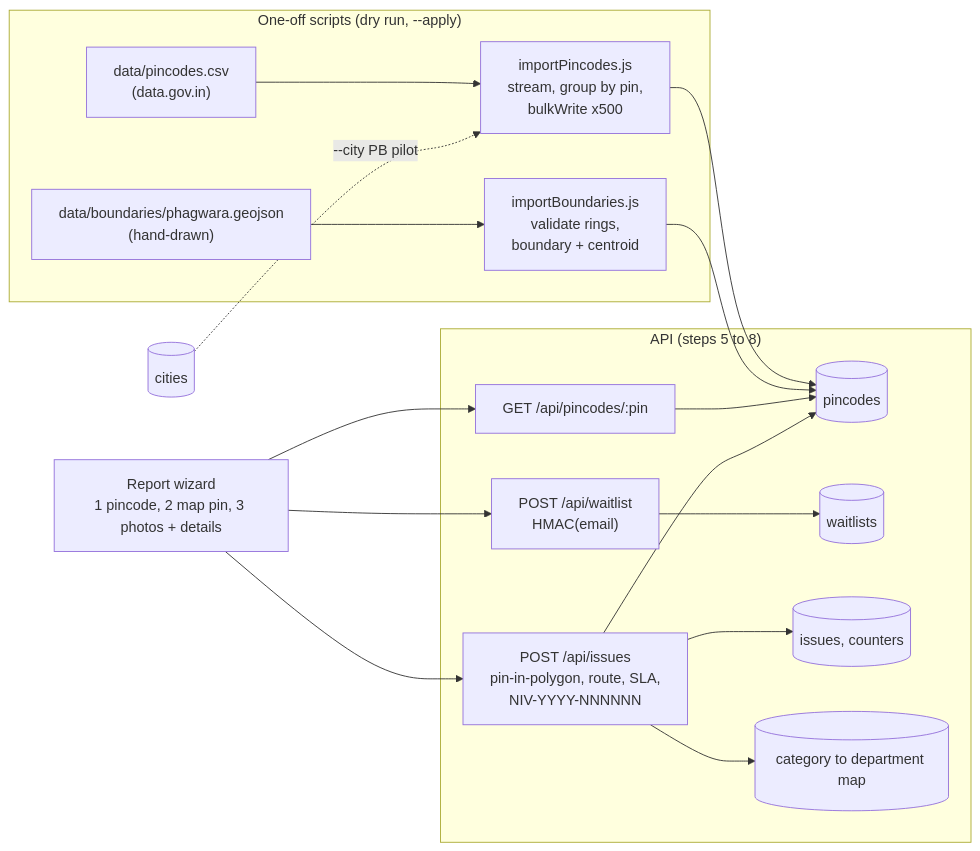
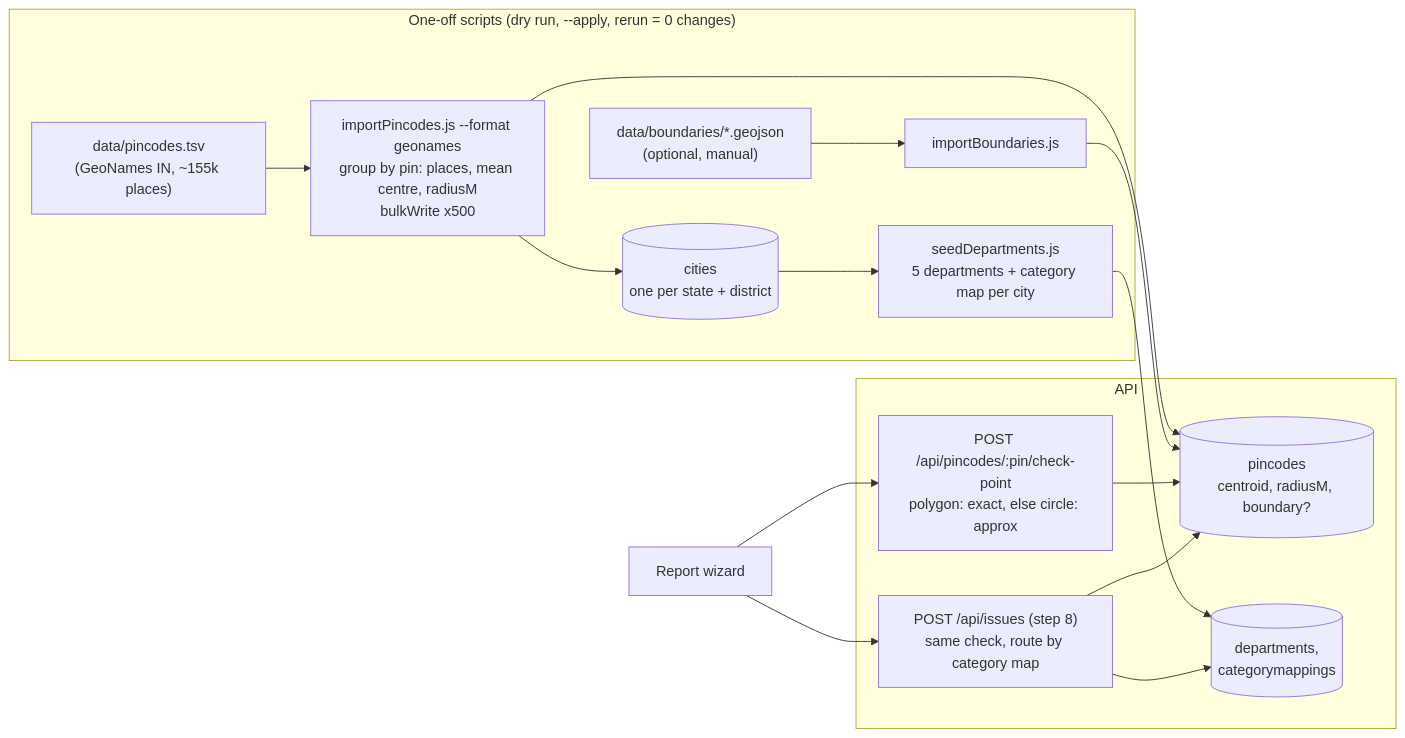
Before and after one commit to sachinsharmaa07/NVN: the fourth of 37 diagrams in docs/ARCHITECTURE.md, drawn with Mermaid. The commit also changed other lines of this file and 1 other file, not shown here.

Commit message:
docs: switch M1 to national coverage (GeoNames directory, district cities, radius check)

````diff
--- a/docs/ARCHITECTURE.md
+++ b/docs/ARCHITECTURE.md
@@ -268,20 +269,19 @@
 ```mermaid
 flowchart LR
-  subgraph Offline["One-off scripts (dry run, --apply)"]
-    CSV["data/pincodes.csv<br/>(data.gov.in)"] --> IP["importPincodes.js<br/>stream, group by pin,<br/>bulkWrite x500"]
-    GJ["data/boundaries/phagwara.geojson<br/>(hand-drawn)"] --> IB["importBoundaries.js<br/>validate rings,<br/>boundary + centroid"]
+  subgraph Offline["One-off scripts (dry run, --apply, rerun = 0 changes)"]
+    TSV["data/pincodes.tsv<br/>(GeoNames IN, ~155k places)"] --> IP["importPincodes.js --format geonames<br/>group by pin: places, mean centre, radiusM<br/>bulkWrite x500"]
+    IP --> CT[("cities<br/>one per state + district")]
+    GJ["data/boundaries/*.geojson<br/>(optional, manual)"] --> IB["importBoundaries.js"]
+    CT --> SD["seedDepartments.js<br/>5 departments + category map per city"]
   end
-  IP --> PC[("pincodes")]
+  IP --> PC[("pincodes<br/>centroid, radiusM, boundary?")]
   IB --> PC
-  CT[("cities")] -. "--city PB pilot" .-> IP
-  subgraph Runtime["API (steps 5 to 8)"]
-    LK["GET /api/pincodes/:pin"] --> PC
-    WL["POST /api/waitlist<br/>HMAC(email)"] --> WT[("waitlists")]
-    IS["POST /api/issues<br/>pin-in-polygon, route, SLA,<br/>NIV-YYYY-NNNNNN"] --> PC
-    IS --> IU[("issues, counters")]
-    IS --> DM[("category to department map")]
+  SD --> DP[("departments,<br/>categorymappings")]
+  subgraph Runtime["API"]
+    CP["POST /api/pincodes/:pin/check-point<br/>polygon: exact, else circle: approx"] --> PC
+    IS["POST /api/issues (step 8)<br/>same check, route by category map"] --> PC
+    IS --> DP
   end
-  W["Report wizard<br/>1 pincode, 2 map pin, 3 photos + details"] --> LK
-  W --> WL
+  W["Report wizard"] --> CP
   W --> IS
 ```
````
